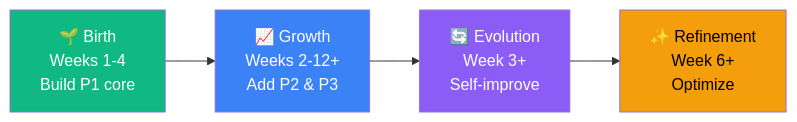
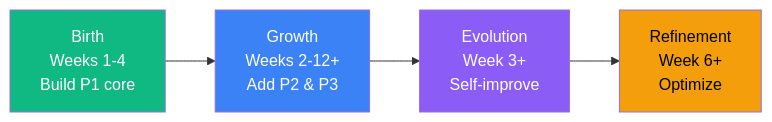
The first of 2 diagrams in True Plan/07-Program-Lifecycle-and-Evolution.md (xXKillerNoobYT/Copilot-Orchestration-Extension-COE-Run-2), drawn with Mermaid before and after one commit. The commit also changed other lines of this file and 36 other files, not shown here.

````diff
--- a/True Plan/07-Program-Lifecycle-and-Evolution.md
+++ b/True Plan/07-Program-Lifecycle-and-Evolution.md
@@ -16,11 +107,11 @@
 ```mermaid
 flowchart LR
-    BIRTH[🌱 Birth<br/>Weeks 1-4<br/>Build P1 core] --> GROWTH[📈 Growth<br/>Weeks 2-12+<br/>Add P2 & P3]
-    GROWTH --> EVOLUTION[🔄 Evolution<br/>Week 3+<br/>Self-improve]
-    EVOLUTION --> REFINE[✨ Refinement<br/>Week 6+<br/>Optimize]
+    BIRTH[Birth<br/>Weeks 1-4<br/>Build P1 core] --> GROWTH[Growth<br/>Weeks 2-12+<br/>Add P2 & P3]
+    GROWTH --> EVOLUTION[Evolution<br/>Week 3+<br/>Self-improve]
+    EVOLUTION --> REFINE[Refinement<br/>Week 6+<br/>Optimize]
 
     style BIRTH fill:#10B981,color:#fff
     style GROWTH fill:#3B82F6,color:#fff
     style EVOLUTION fill:#8B5CF6,color:#fff
     style REFINE fill:#F59E0B,color:#000
 ```
````
